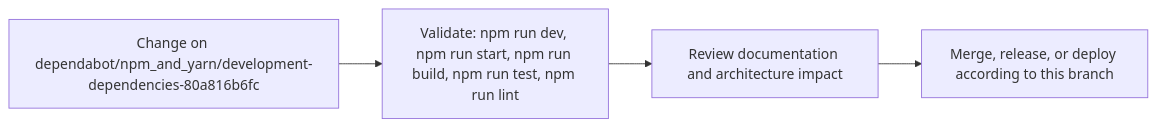
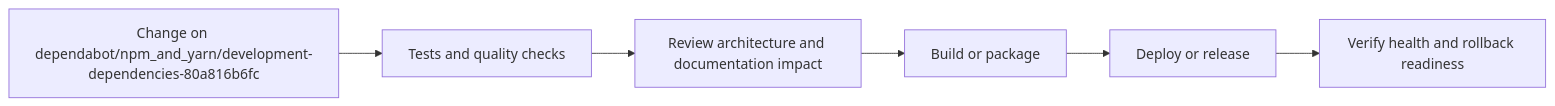
Before and after one commit to Nischhalsubba/BindForge-NW: the fifth of 6 diagrams in README.md, drawn with Mermaid. The commit also changed other lines of this file, not shown here.

````diff
--- a/README.md
+++ b/README.md
@@ -88,8 +187,8 @@
 ```mermaid
 flowchart LR
-    CHANGE["Change on dependabot/npm_and_yarn/development-dependencies-80a816b6fc"]
-    CHECK["Validate: npm run dev, npm run start, npm run build, npm run test, npm run lint"]
-    REVIEW["Review documentation and architecture impact"]
-    RELEASE["Merge, release, or deploy according to this branch"]
-    CHANGE --> CHECK --> REVIEW --> RELEASE
+    CHANGE["Change on dependabot/npm_and_yarn/development-dependencies-80a816b6fc"] --> CHECK["Tests and quality checks"]
+    CHECK --> REVIEW["Review architecture and documentation impact"]
+    REVIEW --> BUILD["Build or package"]
+    BUILD --> DEPLOY["Deploy or release"]
+    DEPLOY --> VERIFY["Verify health and rollback readiness"]
 ```
````
